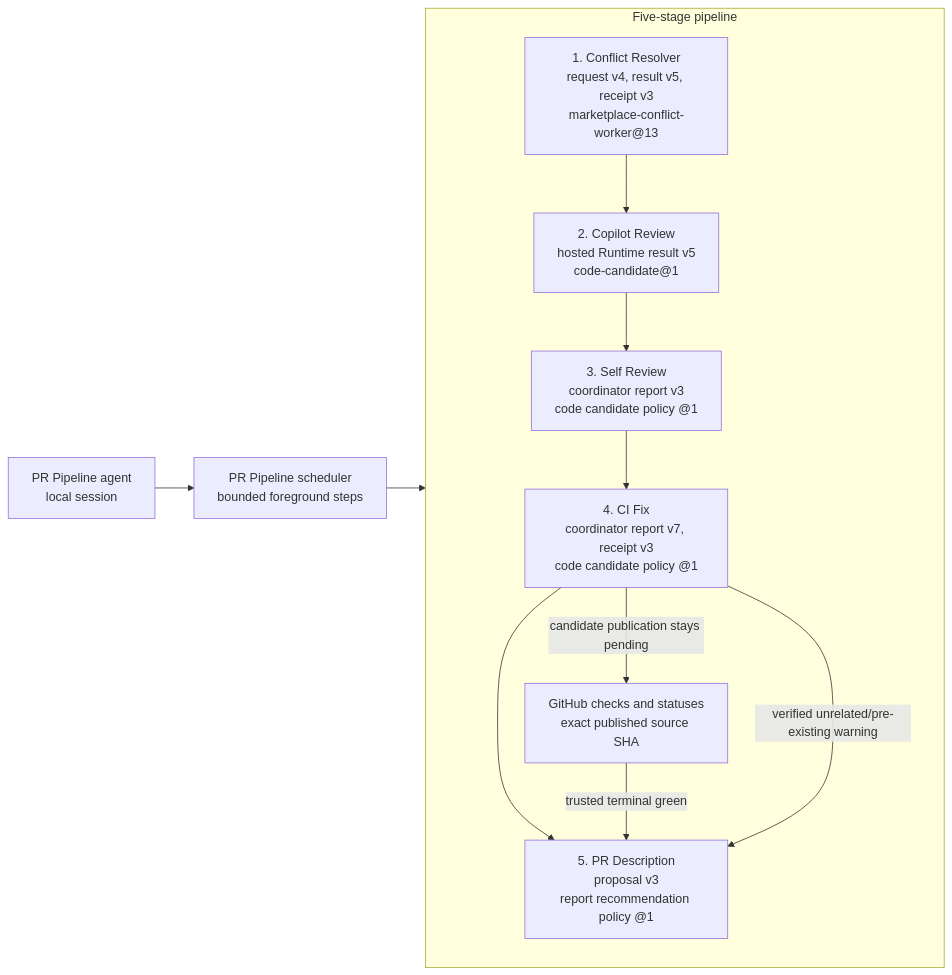
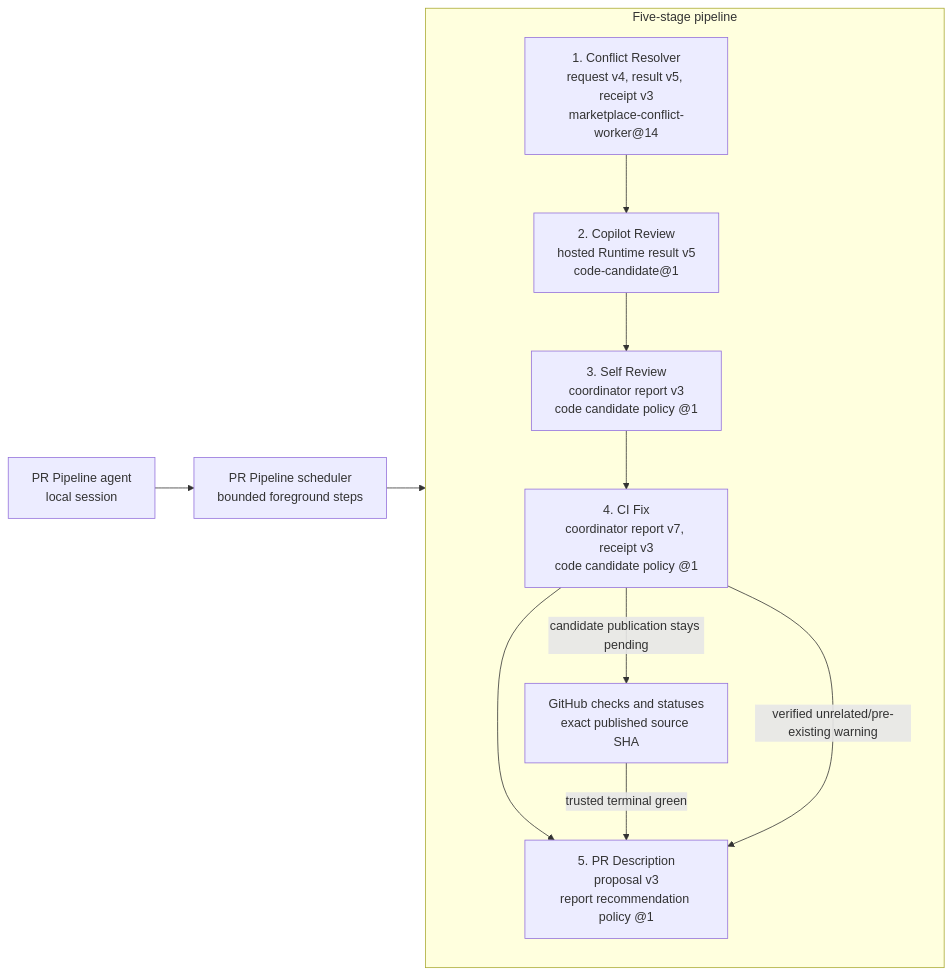
The diagram in plugins/pr-pipeline/README.md (trask/copilot-plugins), drawn with Mermaid before and after one commit. The commit also changed other lines of this file and 8 other files, not shown here.

````diff
--- a/plugins/pr-pipeline/README.md
+++ b/plugins/pr-pipeline/README.md
@@ -5,23 +5,23 @@
 ```mermaid
 flowchart LR
     agent["PR Pipeline agent<br/>local session"]
     scheduler["PR Pipeline scheduler<br/>bounded foreground steps"]
     agent --> scheduler
 
     subgraph pipeline["Five-stage pipeline"]
         direction TB
-        conflict["1. Conflict Resolver<br/>request v4, result v5, receipt v3<br/>marketplace-conflict-worker@13"]
+        conflict["1. Conflict Resolver<br/>request v4, result v5, receipt v3<br/>marketplace-conflict-worker@14"]
         copilotReview["2. Copilot Review<br/>hosted Runtime result v5<br/>code-candidate@1"]
         selfReview["3. Self Review<br/>coordinator report v3<br/>code candidate policy @1"]
         ci["4. CI Fix<br/>coordinator report v7, receipt v3<br/>code candidate policy @1"]
         description["5. PR Description<br/>proposal v3<br/>report recommendation policy @1"]
         checks["GitHub checks and statuses<br/>exact published source SHA"]
 
         conflict --> copilotReview --> selfReview --> ci --> description
         ci -->|"candidate publication stays pending"| checks
         checks -->|"trusted terminal green"| description
         ci -->|"verified unrelated/pre-existing warning"| description
     end
 
     scheduler --> conflict
 ```
````
